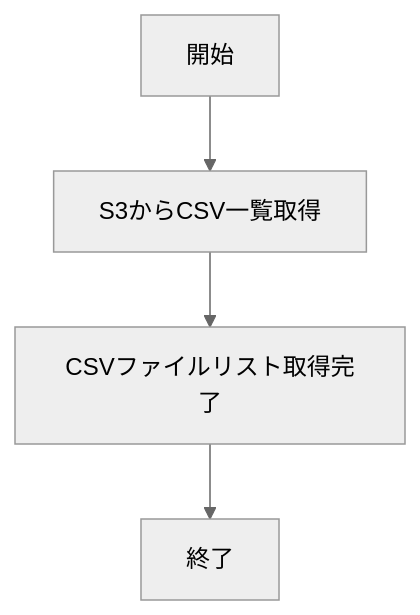
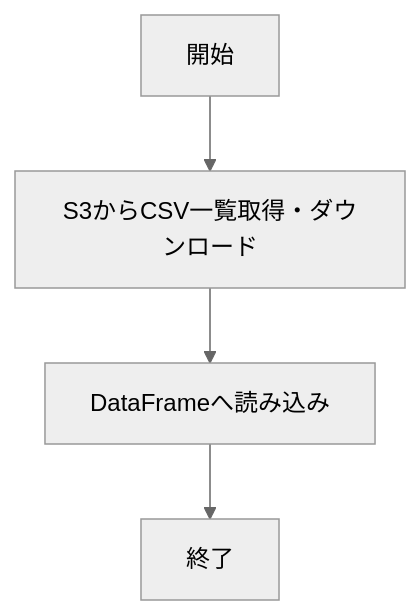
Before and after one commit to tk826/OpenHands-Test: the second of 6 diagrams in BD_DD.md, drawn with Mermaid (neutral theme). The commit also changed other lines of this file, not shown here.

````diff
--- a/BD_DD.md
+++ b/BD_DD.md
@@ -29,6 +27,6 @@
 ```mermaid
 graph TD;
-    A[開始] --> B[S3からCSV一覧取得]
-    B --> C[CSVファイルリスト取得完了]
+    A[開始] --> B[S3からCSV一覧取得・ダウンロード]
+    B --> C[DataFrameへ読み込み]
     C --> D[終了]
 ```
````
